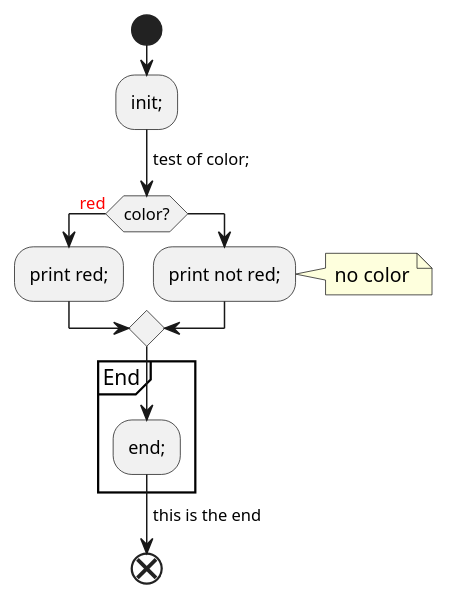
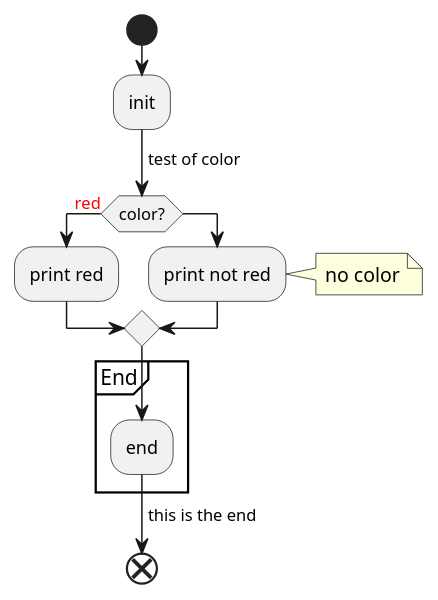
One commit to TLmaK0/gravizo changed the first of 4 diagrams in README.md. Above: the diagram before and after it, drawn with PlantUML. The commit also changed other lines of this file, not shown here.

```diff
--- a/README.md
+++ b/README.md
@@ -12,16 +12,16 @@
 @startuml
 start
-:init;;
--> test of color;;
+:init;
+-> test of color;
 if (color?) is (<color:red>red) then
-:print red;;
+:print red;
 else 
-:print not red;;
+:print not red;
 note right: no color
 endif
 partition End {
-:end;;
+:end;
 }
 -> this is the end;
 end
 @enduml
```
